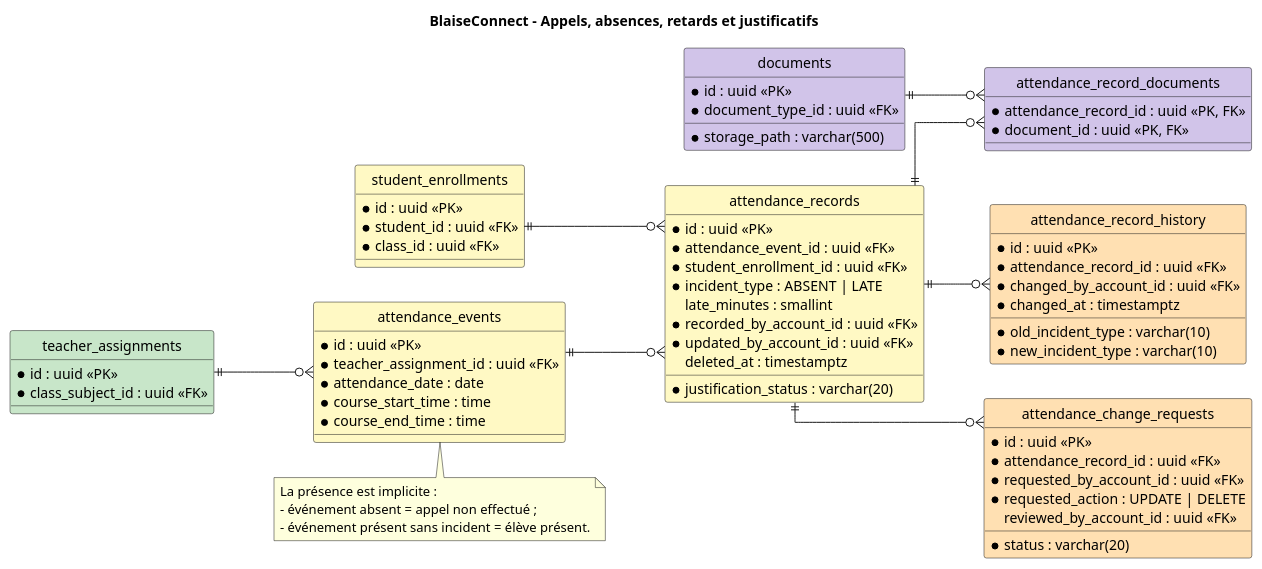
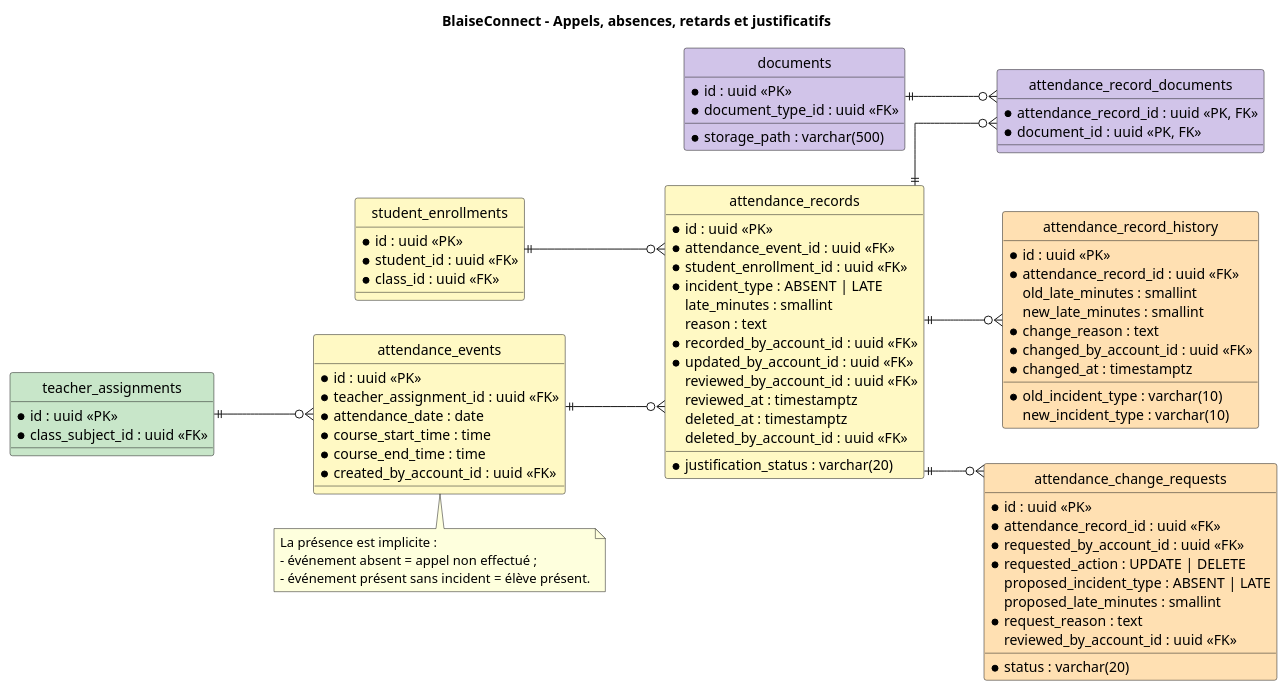
One commit to Gaston667/blaise-connect changed the diagram in docs/diagramme/database_04_attendance.plantuml. Above: the diagram before and after it, drawn with PlantUML. The commit also changed 32 other files, not shown here.

```diff
--- a/docs/diagramme/database_04_attendance.plantuml
+++ b/docs/diagramme/database_04_attendance.plantuml
@@ -1,81 +1,92 @@
 @startuml
 title BlaiseConnect - Appels, absences, retards et justificatifs
 left to right direction
 hide circle
 skinparam linetype ortho
 skinparam shadowing false
 
 entity teacher_assignments #C8E6C9 {
   * id : uuid <<PK>>
   * class_subject_id : uuid <<FK>>
 }
 
 entity attendance_events #FFF9C4 {
   * id : uuid <<PK>>
   * teacher_assignment_id : uuid <<FK>>
   * attendance_date : date
   * course_start_time : time
   * course_end_time : time
+  * created_by_account_id : uuid <<FK>>
 }
 
 entity student_enrollments #FFF9C4 {
   * id : uuid <<PK>>
   * student_id : uuid <<FK>>
   * class_id : uuid <<FK>>
 }
 
 entity attendance_records #FFF9C4 {
   * id : uuid <<PK>>
   * attendance_event_id : uuid <<FK>>
   * student_enrollment_id : uuid <<FK>>
   * incident_type : ABSENT | LATE
   late_minutes : smallint
+  reason : text
   * justification_status : varchar(20)
   * recorded_by_account_id : uuid <<FK>>
   * updated_by_account_id : uuid <<FK>>
+  reviewed_by_account_id : uuid <<FK>>
+  reviewed_at : timestamptz
   deleted_at : timestamptz
+  deleted_by_account_id : uuid <<FK>>
 }
 
 entity attendance_record_history #FFE0B2 {
   * id : uuid <<PK>>
   * attendance_record_id : uuid <<FK>>
   * old_incident_type : varchar(10)
-  * new_incident_type : varchar(10)
+  new_incident_type : varchar(10)
+  old_late_minutes : smallint
+  new_late_minutes : smallint
+  * change_reason : text
   * changed_by_account_id : uuid <<FK>>
   * changed_at : timestamptz
 }
 
 entity attendance_change_requests #FFE0B2 {
   * id : uuid <<PK>>
   * attendance_record_id : uuid <<FK>>
   * requested_by_account_id : uuid <<FK>>
   * requested_action : UPDATE | DELETE
+  proposed_incident_type : ABSENT | LATE
+  proposed_late_minutes : smallint
+  * request_reason : text
   * status : varchar(20)
   reviewed_by_account_id : uuid <<FK>>
 }
 
 entity attendance_record_documents #D1C4E9 {
   * attendance_record_id : uuid <<PK, FK>>
   * document_id : uuid <<PK, FK>>
 }
 
 entity documents #D1C4E9 {
   * id : uuid <<PK>>
   * document_type_id : uuid <<FK>>
   * storage_path : varchar(500)
 }
 
 teacher_assignments ||--o{ attendance_events
 attendance_events ||--o{ attendance_records
 student_enrollments ||--o{ attendance_records
 attendance_records ||--o{ attendance_record_history
 attendance_records ||--o{ attendance_change_requests
 attendance_records ||--o{ attendance_record_documents
 documents ||--o{ attendance_record_documents
 
 note bottom of attendance_events
 La présence est implicite :
 - événement absent = appel non effectué ;
 - événement présent sans incident = élève présent.
 end note
 @enduml
```
